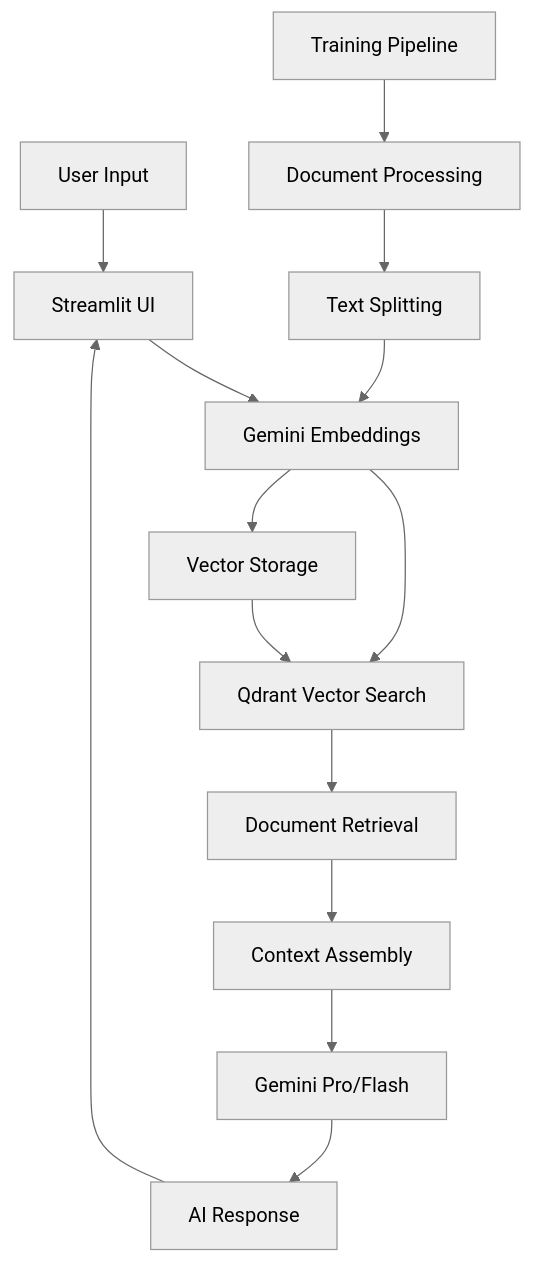
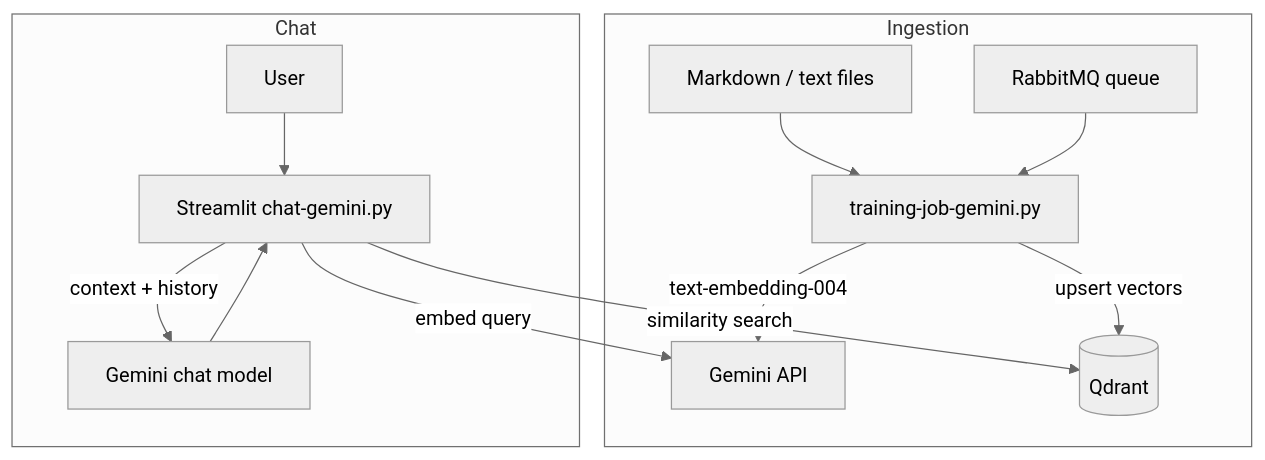
Before and after one commit to umesh-khatiwada/ai-chatbot-vector-search: the diagram in README.md, drawn with Mermaid (neutral theme). The commit also changed other lines of this file, not shown here.

````diff
--- a/README.md
+++ b/README.md
@@ -316,17 +28,16 @@
 ```mermaid
 graph TB
-    A[User Input] --> B[Streamlit UI]
-    B --> C[Gemini Embeddings]
-    C --> D[Qdrant Vector Search]
-    D --> E[Document Retrieval]
-    E --> F[Context Assembly]
-    F --> G[Gemini Pro/Flash]
-    G --> H[AI Response]
-    H --> B
-    
-    I[Training Pipeline] --> J[Document Processing]
-    J --> K[Text Splitting]
-    K --> C
-    C --> L[Vector Storage]
-    L --> D
+    subgraph Ingestion
+        F[Markdown / text files] --> T[training-job-gemini.py]
+        Q[RabbitMQ queue] --> T
+        T -->|text-embedding-004| G1[Gemini API]
+        T -->|upsert vectors| D[(Qdrant)]
+    end
+    subgraph Chat
+        U[User] --> S[Streamlit chat-gemini.py]
+        S -->|embed query| G1
+        S -->|similarity search| D
+        S -->|context + history| G2[Gemini chat model]
+        G2 --> S
+    end
 ```
````
